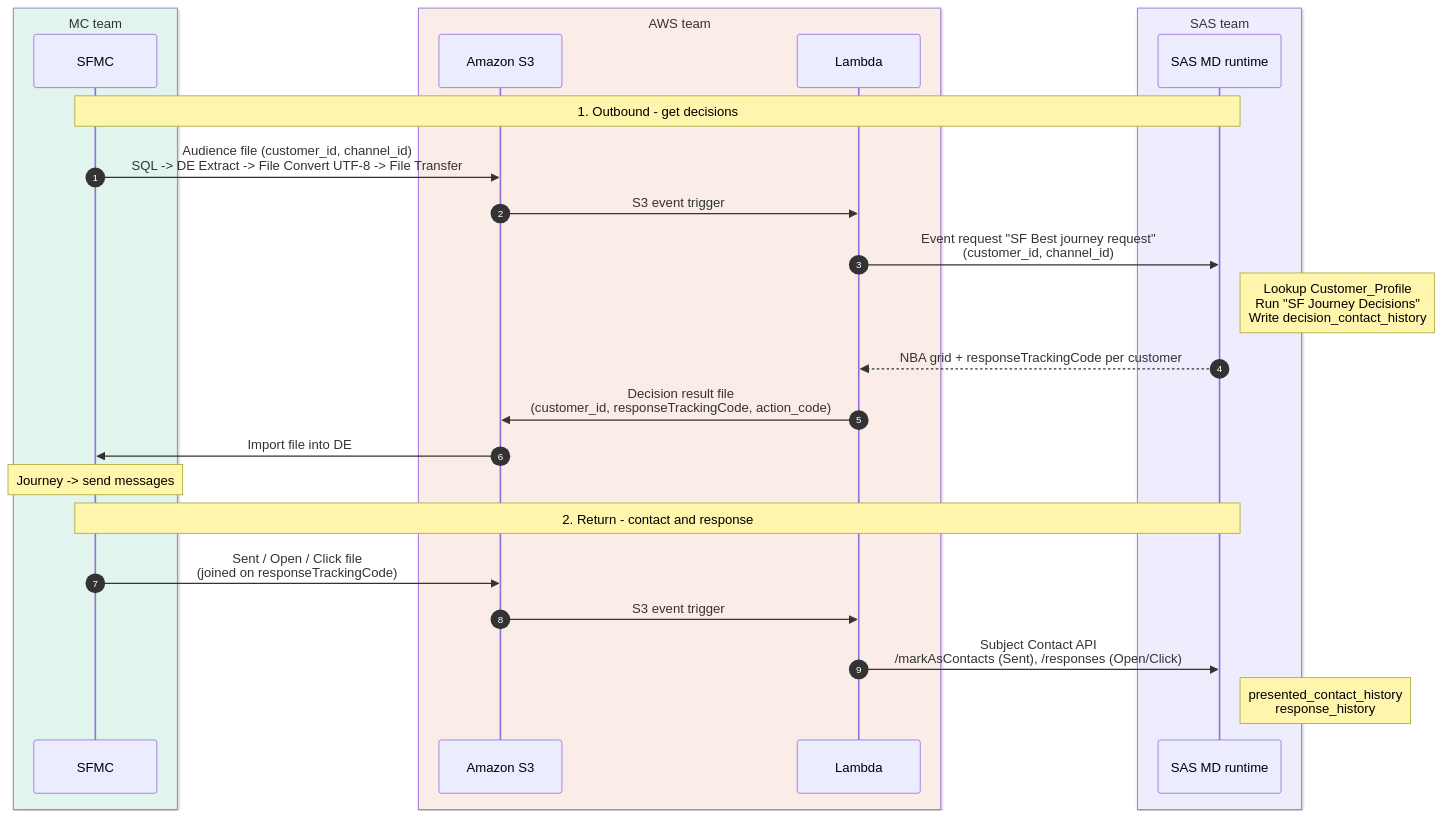
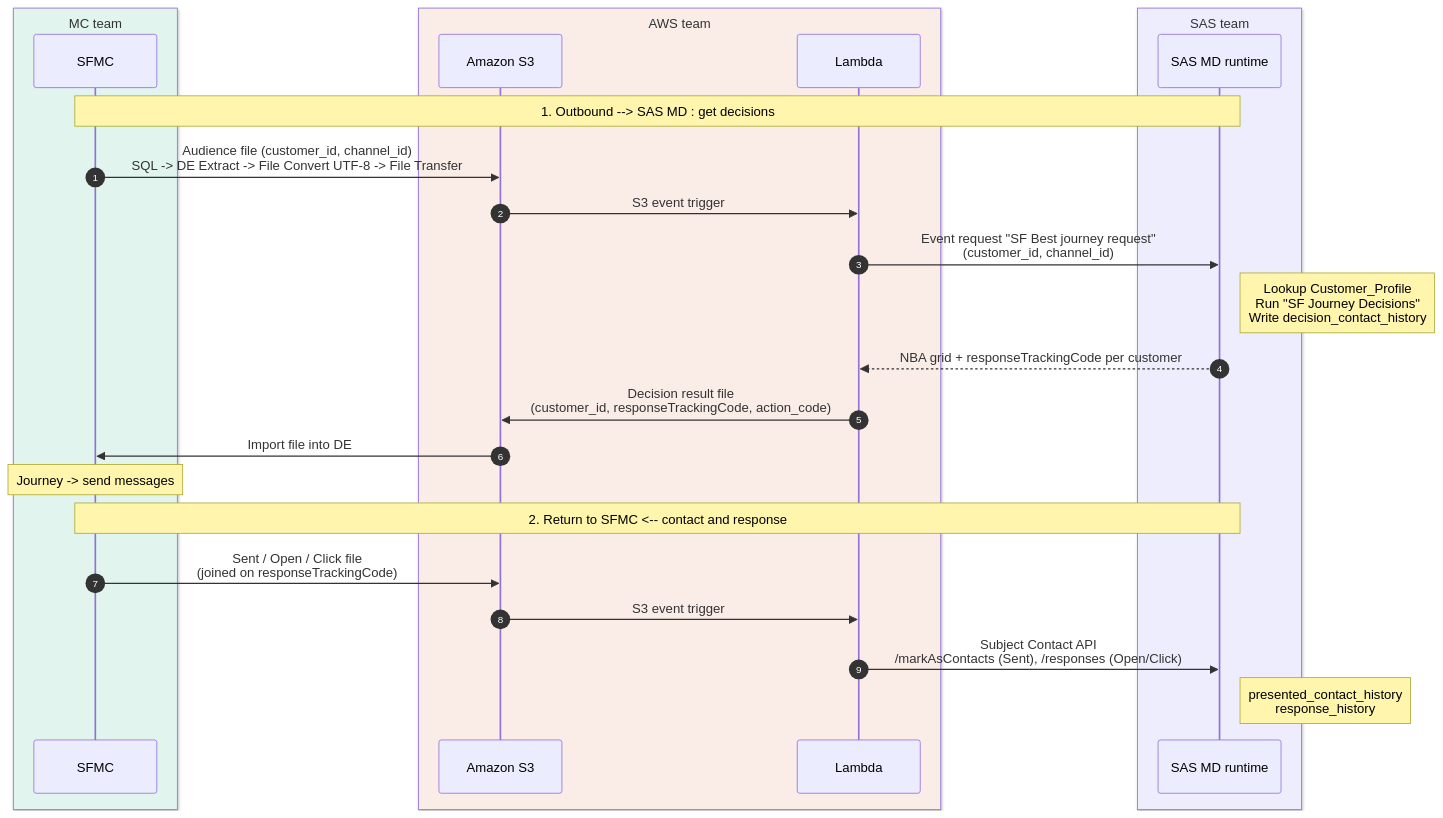
One commit to buaandkwan-ctrl/mermaid changed the diagram in sfmc_sas_md_sequence.mmd. Above: the diagram before and after it, drawn with Mermaid.

```diff
--- a/sfmc_sas_md_sequence.mmd
+++ b/sfmc_sas_md_sequence.mmd
@@ -1,28 +1,28 @@
 sequenceDiagram
     autonumber
     box rgb(225,245,238) MC team 
         participant SFMC as SFMC
     end
     box rgb(250,236,231) AWS team 
         participant S3 as Amazon S3
         participant L as Lambda
     end
     box rgb(238,237,254) SAS team
         participant MD as SAS MD runtime
     end
 
-    Note over SFMC,MD: 1. Outbound - get decisions
+    Note over SFMC,MD: 1. Outbound --> SAS MD : get decisions 
     SFMC->>S3: Audience file (customer_id, channel_id)<br/>SQL -> DE Extract -> File Convert UTF-8 -> File Transfer
     S3->>L: S3 event trigger
     L->>MD: Event request "SF Best journey request"<br/>(customer_id, channel_id)
     Note right of MD: Lookup Customer_Profile<br/>Run "SF Journey Decisions"<br/>Write decision_contact_history
     MD-->>L: NBA grid + responseTrackingCode per customer
     L->>S3: Decision result file<br/>(customer_id, responseTrackingCode, action_code)
     S3->>SFMC: Import file into DE
     Note over SFMC: Journey -> send messages
 
-    Note over SFMC,MD: 2. Return - contact and response
+    Note over SFMC,MD: 2. Return to SFMC <-- contact and response
     SFMC->>S3: Sent / Open / Click file<br/>(joined on responseTrackingCode)
     S3->>L: S3 event trigger
     L->>MD: Subject Contact API<br/>/markAsContacts (Sent), /responses (Open/Click)
     Note right of MD: presented_contact_history<br/>response_history
```
